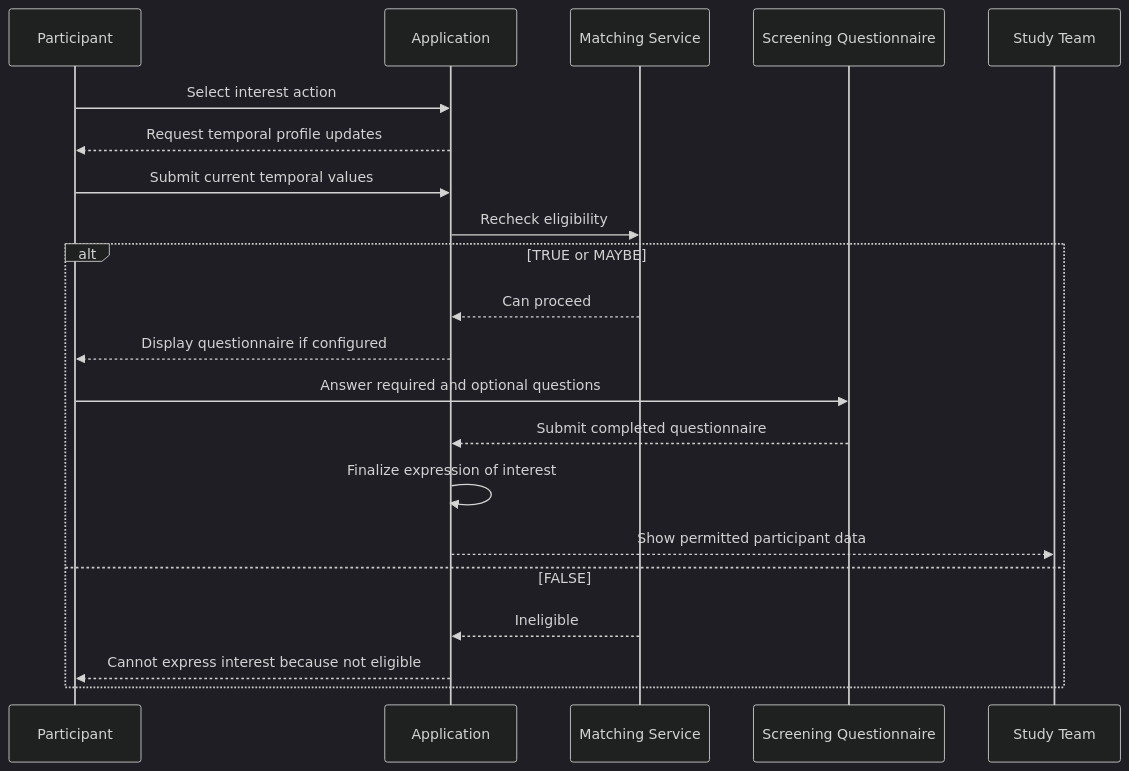
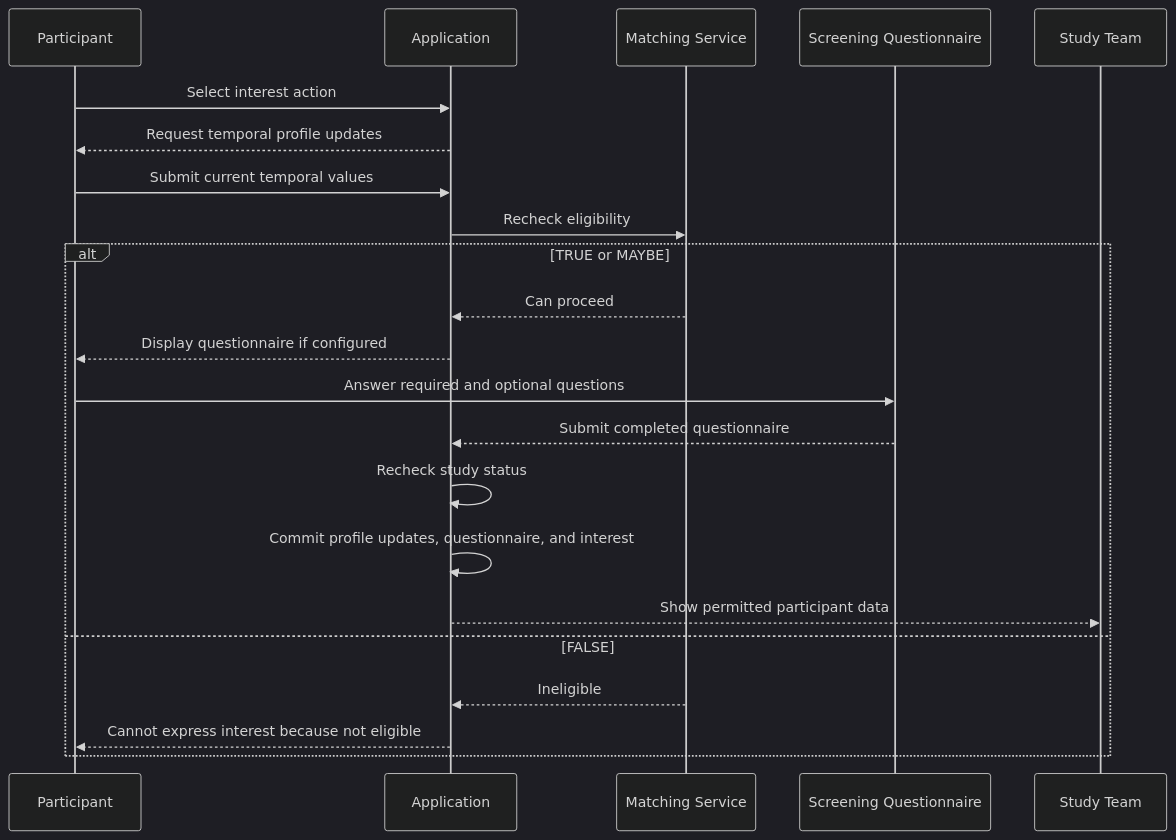
The diagram in docs/06-recruitment/expressions-of-interest.md (umich-michr/yhr-context), drawn with Mermaid (dark theme) before and after one commit. The commit also changed other lines of this file and 28 other files, not shown here.

````diff
--- a/docs/06-recruitment/expressions-of-interest.md
+++ b/docs/06-recruitment/expressions-of-interest.md
@@ -67,25 +67,26 @@
 ```mermaid
 sequenceDiagram
     participant P as Participant
     participant A as Application
     participant M as Matching Service
     participant Q as Screening Questionnaire
     participant ST as Study Team
 
     P->>A: Select interest action
     A-->>P: Request temporal profile updates
     P->>A: Submit current temporal values
     A->>M: Recheck eligibility
 
     alt TRUE or MAYBE
         M-->>A: Can proceed
         A-->>P: Display questionnaire if configured
         P->>Q: Answer required and optional questions
         Q-->>A: Submit completed questionnaire
-        A->>A: Finalize expression of interest
+        A->>A: Recheck study status
+        A->>A: Commit profile updates, questionnaire, and interest
         A-->>ST: Show permitted participant data
     else FALSE
         M-->>A: Ineligible
         A-->>P: Cannot express interest because not eligible
     end
 ```
````
